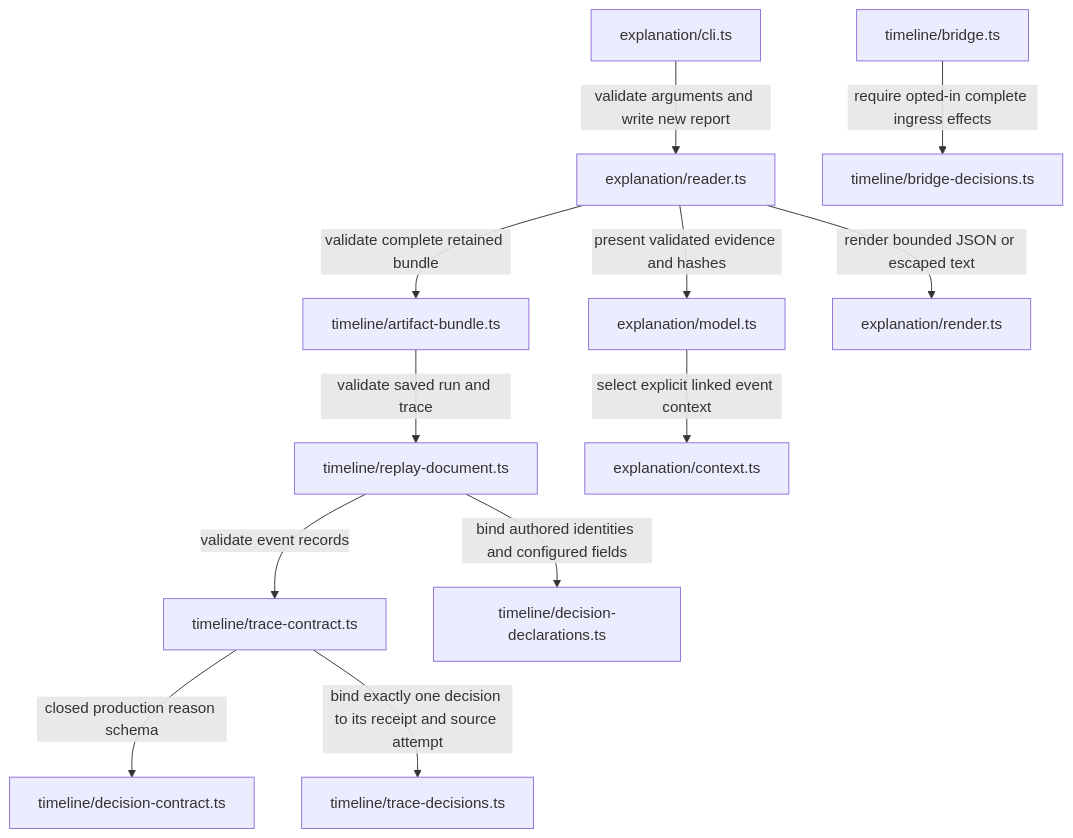
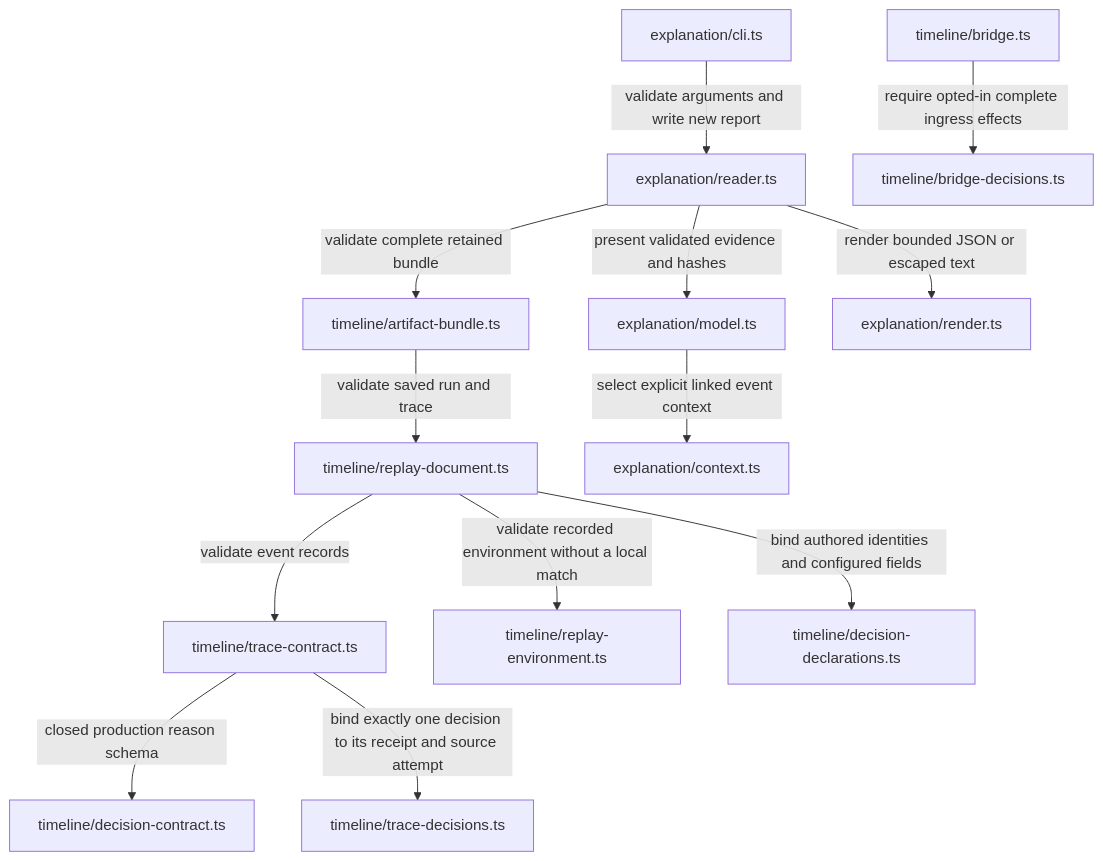
Diagram 56 of 57 in workbench/docs/source-map.md (sproates/zooglass), drawn with Mermaid before and after one commit. The commit also changed other lines of this file and 26 other files, not shown here.

````diff
--- a/workbench/docs/source-map.md
+++ b/workbench/docs/source-map.md
@@ -1370,14 +1371,15 @@
 ```mermaid
 flowchart TB
   cli["explanation/cli.ts"] -->|validate arguments and write new report| reader["explanation/reader.ts"]
   reader -->|validate complete retained bundle| bundle["timeline/artifact-bundle.ts"]
   bundle -->|validate saved run and trace| replay["timeline/replay-document.ts"]
   replay -->|validate event records| trace["timeline/trace-contract.ts"]
+  replay -->|validate recorded environment without a local match| environment["timeline/replay-environment.ts"]
   replay -->|bind authored identities and configured fields| declarations["timeline/decision-declarations.ts"]
   trace -->|closed production reason schema| schema["timeline/decision-contract.ts"]
   bridge["timeline/bridge.ts"] -->|require opted-in complete ingress effects| effects["timeline/bridge-decisions.ts"]
   trace -->|bind exactly one decision to its receipt and source attempt| decisions["timeline/trace-decisions.ts"]
   reader -->|present validated evidence and hashes| model["explanation/model.ts"]
   model -->|select explicit linked event context| context["explanation/context.ts"]
   reader -->|render bounded JSON or escaped text| render["explanation/render.ts"]
 ```
````
